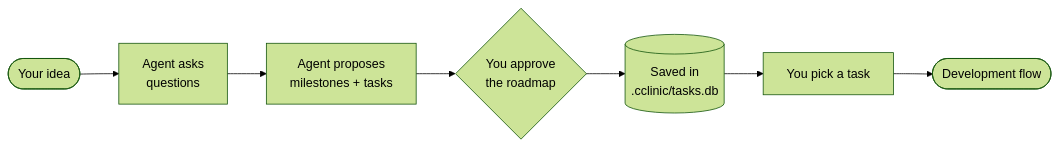
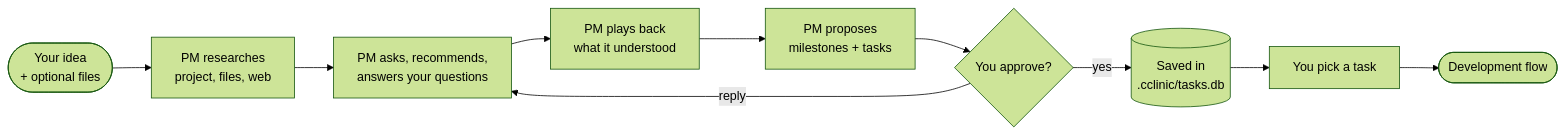
The first of 5 diagrams in PLANNING_FLOW.md (Hayko97/cclinic), drawn with Mermaid (forest theme) before and after one commit. The commit also changed other lines of this file and 70 other files, not shown here.

````diff
--- a/PLANNING_FLOW.md
+++ b/PLANNING_FLOW.md
@@ -13,9 +13,12 @@
 ```mermaid
 flowchart LR
-    I([Your idea]) --> Q[Agent asks<br/>questions]
-    Q --> P[Agent proposes<br/>milestones + tasks]
-    P --> G{You approve<br/>the roadmap}
-    G --> S[(Saved in<br/>.cclinic/tasks.db)]
+    I([Your idea<br/>+ optional files]) --> R[PM researches<br/>project, files, web]
+    R --> Q[PM asks, recommends,<br/>answers your questions]
+    Q --> B[PM plays back<br/>what it understood]
+    B --> P[PM proposes<br/>milestones + tasks]
+    P --> G{You approve?}
+    G -- reply --> Q
+    G -- yes --> S[(Saved in<br/>.cclinic/tasks.db)]
     S --> W[You pick a task]
     W --> D([Development flow])
 ```
````
